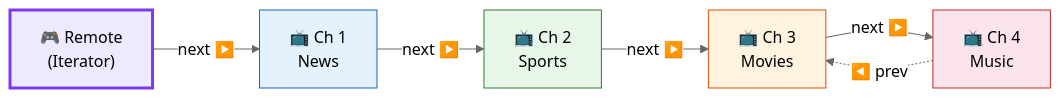
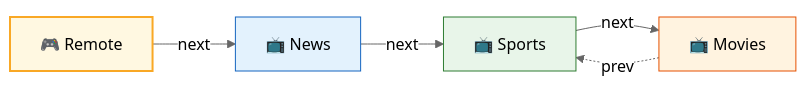
The first of 3 diagrams in docs/designpatterns/behaviouralDesignPatterns/Iterator.md (saivamsikaruturi/vamsilabs-dev-notes-main), drawn with Mermaid (neutral theme) before and after one commit. The commit also changed other lines of this file and 42 other files, not shown here.

````diff
--- a/docs/designpatterns/behaviouralDesignPatterns/Iterator.md
+++ b/docs/designpatterns/behaviouralDesignPatterns/Iterator.md
@@ -12,14 +12,10 @@
 ```mermaid
 flowchart LR
-    R["🎮 Remote<br/>(Iterator)"] -->|next ▶️| C1["📺 Ch 1<br/>News"]
-    C1 -->|next ▶️| C2["📺 Ch 2<br/>Sports"]
-    C2 -->|next ▶️| C3["📺 Ch 3<br/>Movies"]
-    C3 -->|next ▶️| C4["📺 Ch 4<br/>Music"]
-    C4 -.->|◀️ prev| C3
-    
-    style R fill:#EDE9FE,stroke:#7C3AED,stroke-width:3px,color:#000
+    R["🎮 Remote"] -->|"next"| C1["📺 News"] -->|"next"| C2["📺 Sports"] -->|"next"| C3["📺 Movies"]
+    C3 -.->|"prev"| C2
+
+    style R fill:#FFF8E1,stroke:#F9A825,stroke-width:2px,color:#000
     style C1 fill:#E3F2FD,stroke:#1565C0,color:#000
     style C2 fill:#E8F5E9,stroke:#2E7D32,color:#000
     style C3 fill:#FFF3E0,stroke:#E65100,color:#000
-    style C4 fill:#FCE4EC,stroke:#C62828,color:#000
 ```
````
